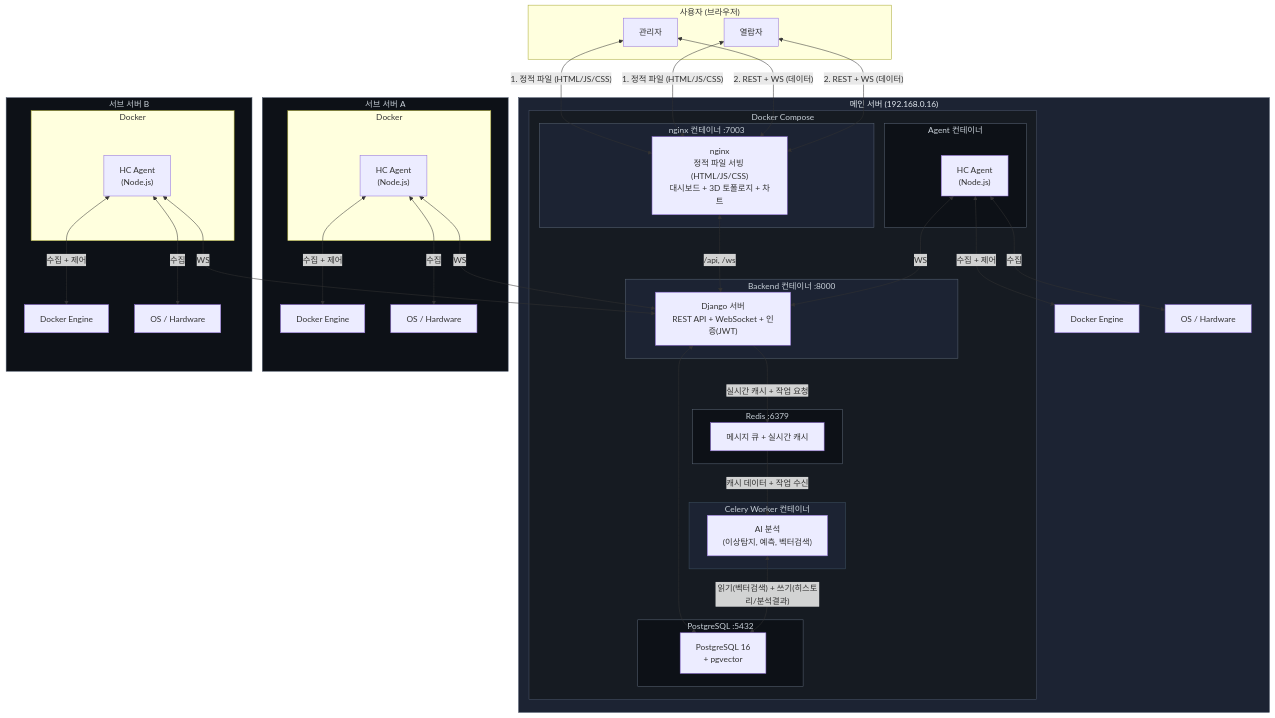
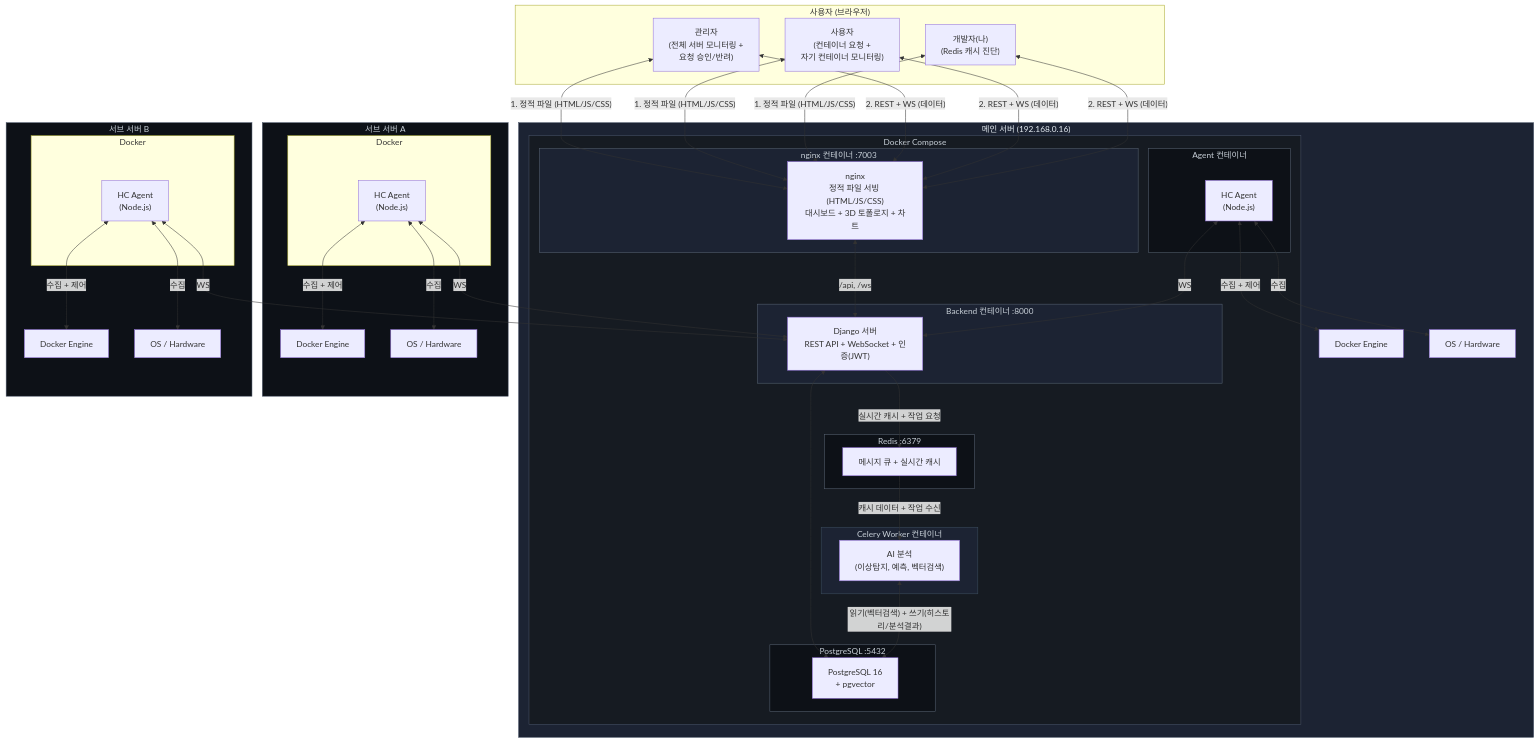
Before and after one commit to qkr7287/HyperCube: the first of 12 diagrams in docs/to-be-architecture.md, drawn with Mermaid. The commit also changed other lines of this file, not shown here.

````diff
--- a/docs/to-be-architecture.md
+++ b/docs/to-be-architecture.md
@@ -19,8 +23,9 @@
 ```mermaid
 graph TB
     subgraph 사용자["사용자 (브라우저)"]
-        Admin["관리자"]
-        Viewer["열람자"]
+        Admin["관리자<br/>(전체 서버 모니터링 +<br/>요청 승인/반려)"]
+        UserBrowser["사용자<br/>(컨테이너 요청 +<br/>자기 컨테이너 모니터링)"]
+        Dev["개발자(나)<br/>(Redis 캐시 진단)"]
     end
 
     subgraph MainServer["메인 서버 (192.168.0.16)"]
@@ -70,9 +75,9 @@
         System2["OS / Hardware"]
     end
 
-    Admin & Viewer <-->|"1. 정적 파일 (HTML/JS/CSS)"| Nginx
+    Admin & UserBrowser & Dev <-->|"1. 정적 파일 (HTML/JS/CSS)"| Nginx
 
-    Admin & Viewer <-->|"2. REST + WS (데이터)"| Nginx
+    Admin & UserBrowser & Dev <-->|"2. REST + WS (데이터)"| Nginx
     Nginx <-->|"/api, /ws"| Django
 
     Django <--> PgDB
````
